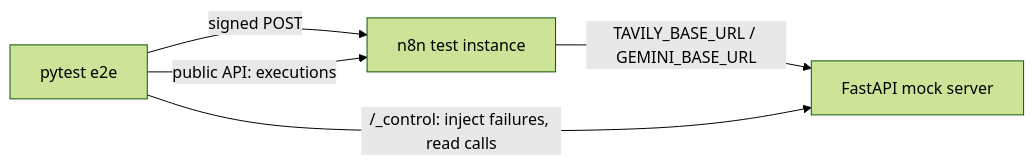
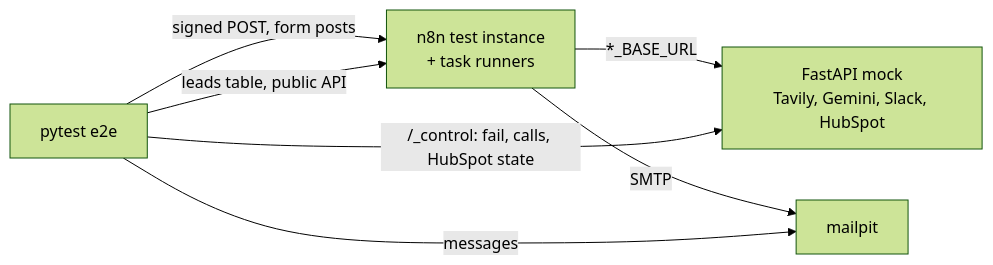
Before and after one commit to hamza533/ai-lead-qualifier-n8n: the second of 2 diagrams in docs/architecture.md, drawn with Mermaid (forest theme). The commit also changed other lines of this file and 13 other files, not shown here.

````diff
--- a/docs/architecture.md
+++ b/docs/architecture.md
@@ -217,7 +250,9 @@
 ```mermaid
 flowchart LR
-  P[pytest e2e] -->|signed POST| N8N[n8n test instance]
-  N8N -->|TAVILY_BASE_URL / GEMINI_BASE_URL| MOCK[FastAPI mock server]
-  P -->|/_control: inject failures, read calls| MOCK
-  P -->|public API: executions| N8N
+  P[pytest e2e] -->|signed POST, form posts| N8N[n8n test instance<br/>+ task runners]
+  N8N -->|*_BASE_URL| MOCK[FastAPI mock<br/>Tavily, Gemini, Slack, HubSpot]
+  N8N -->|SMTP| MP[mailpit]
+  P -->|/_control: fail, calls, HubSpot state| MOCK
+  P -->|messages| MP
+  P -->|leads table, public API| N8N
 ```
````
